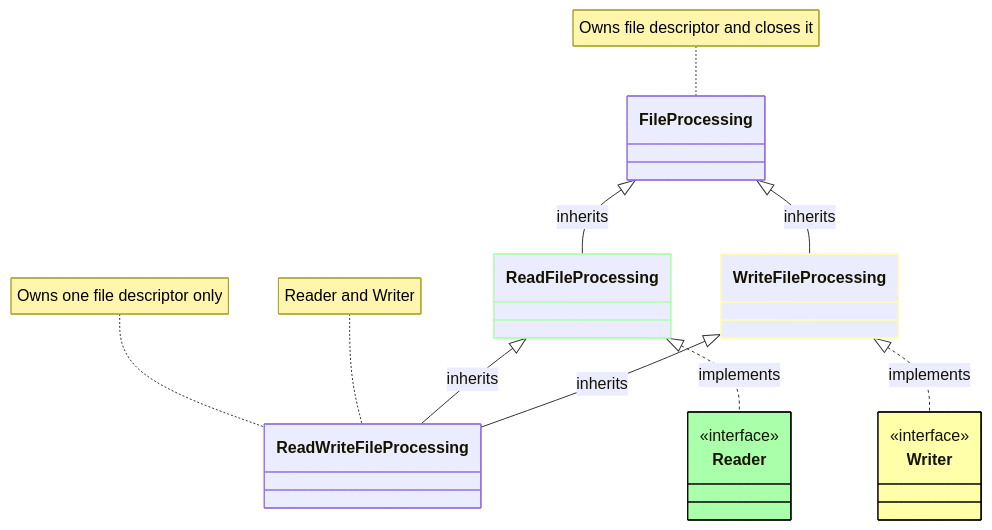
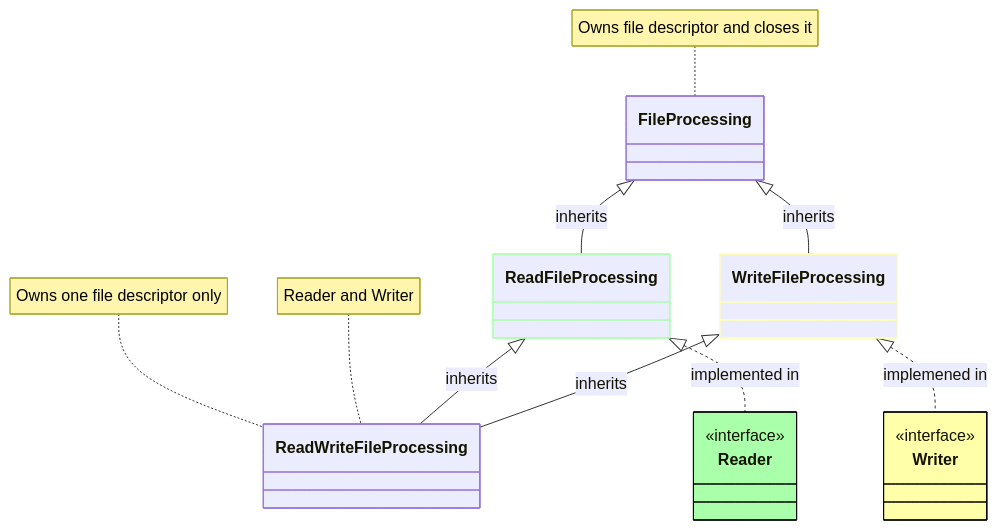
Before and after one commit to zproksi/bpatch: the first of 2 diagrams in README.md, drawn with Mermaid. The commit also changed other lines of this file, not shown here.

Commit message:
added IO creation diagram

````diff
--- a/README.md
+++ b/README.md
@@ -140,33 +140,33 @@
 ```mermaid
 classDiagram
     direction TB
     class Writer {
         <<interface>>
     }
     class FileProcessing {
     }
     class WriteFileProcessing {
     }
     class ReadFileProcessing {
     }
     class ReadWriteFileProcessing {
     }
     class Reader {
         <<interface>>
     }
     %% Relationships
     FileProcessing <|-- ReadFileProcessing : inherits
     FileProcessing <|-- WriteFileProcessing : inherits
     ReadFileProcessing <|-- ReadWriteFileProcessing : inherits
     WriteFileProcessing <|-- ReadWriteFileProcessing : inherits
-    ReadFileProcessing <|.. Reader : implements
-    WriteFileProcessing <|.. Writer : implements
+    ReadFileProcessing <|.. Reader : implemented in
+    WriteFileProcessing <|.. Writer : implemened in
     %% Styling and notes
     style Reader fill:#AAffAA,stroke:#000000
     style Writer fill:#ffffAA,stroke:#000000
     style ReadFileProcessing stroke:#AAffAA
     style WriteFileProcessing stroke:#ffffAA
     note for FileProcessing "Owns file descriptor and closes it"
     note for ReadWriteFileProcessing "Owns one file descriptor only"
     note for ReadWriteFileProcessing "Reader and Writer"
 ```
````
